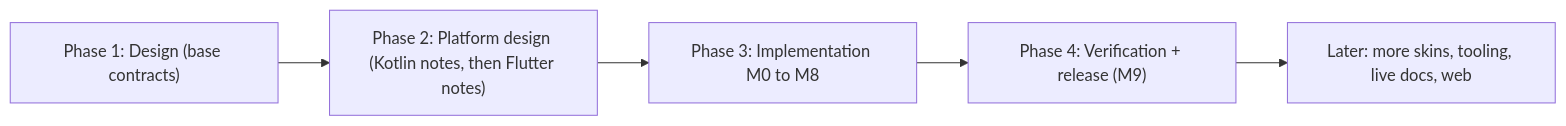
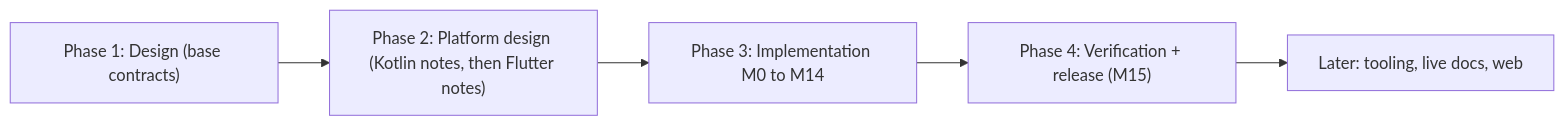
One commit to srctool/camouflage changed the first of 2 diagrams in docs/internal/development/guide/06-project/01-roadmap.mdx. Above: the diagram before and after it, drawn with Mermaid. The commit also changed other lines of this file and 3 other files, not shown here.

````diff
--- a/docs/internal/development/guide/06-project/01-roadmap.mdx
+++ b/docs/internal/development/guide/06-project/01-roadmap.mdx
@@ -16,4 +16,4 @@
 ```mermaid
 flowchart LR
-    P1["Phase 1: Design (base contracts)"] --> P2["Phase 2: Platform design (Kotlin notes, then Flutter notes)"] --> P3["Phase 3: Implementation M0 to M8"] --> P4["Phase 4: Verification + release (M9)"] --> L["Later: more skins, tooling, live docs, web"]
+    P1["Phase 1: Design (base contracts)"] --> P2["Phase 2: Platform design (Kotlin notes, then Flutter notes)"] --> P3["Phase 3: Implementation M0 to M14"] --> P4["Phase 4: Verification + release (M15)"] --> L["Later: tooling, live docs, web"]
 ```
````
